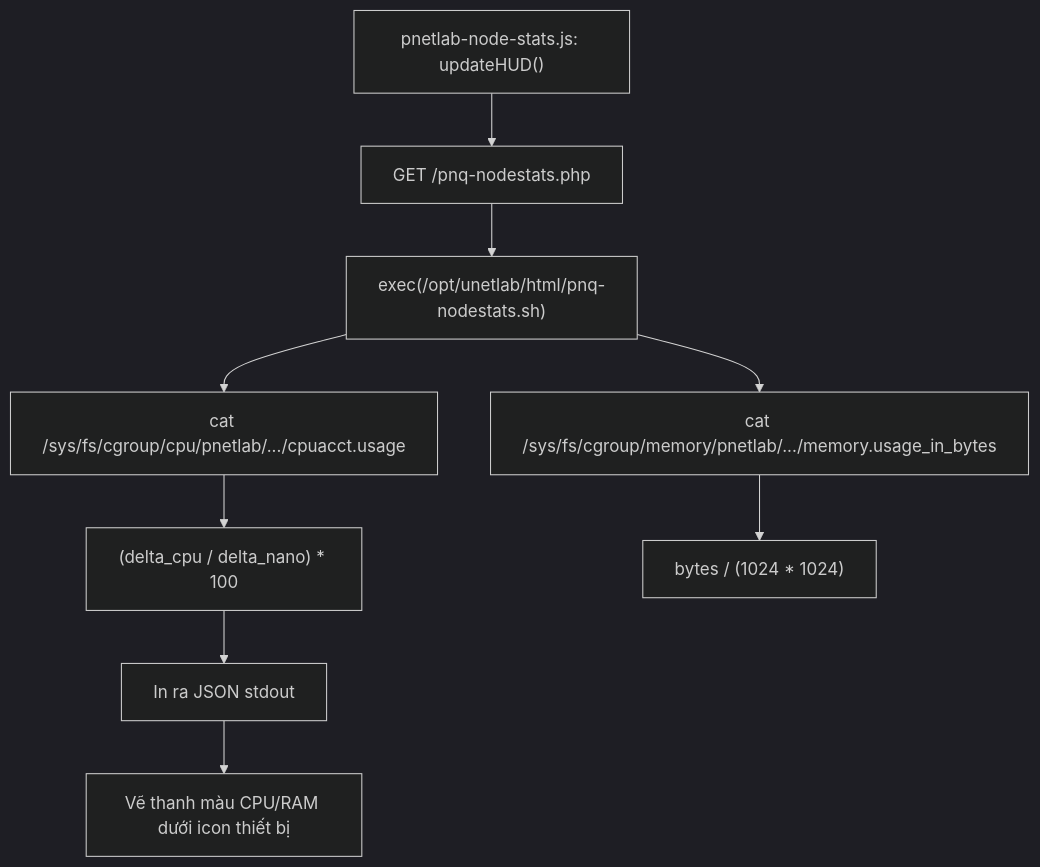
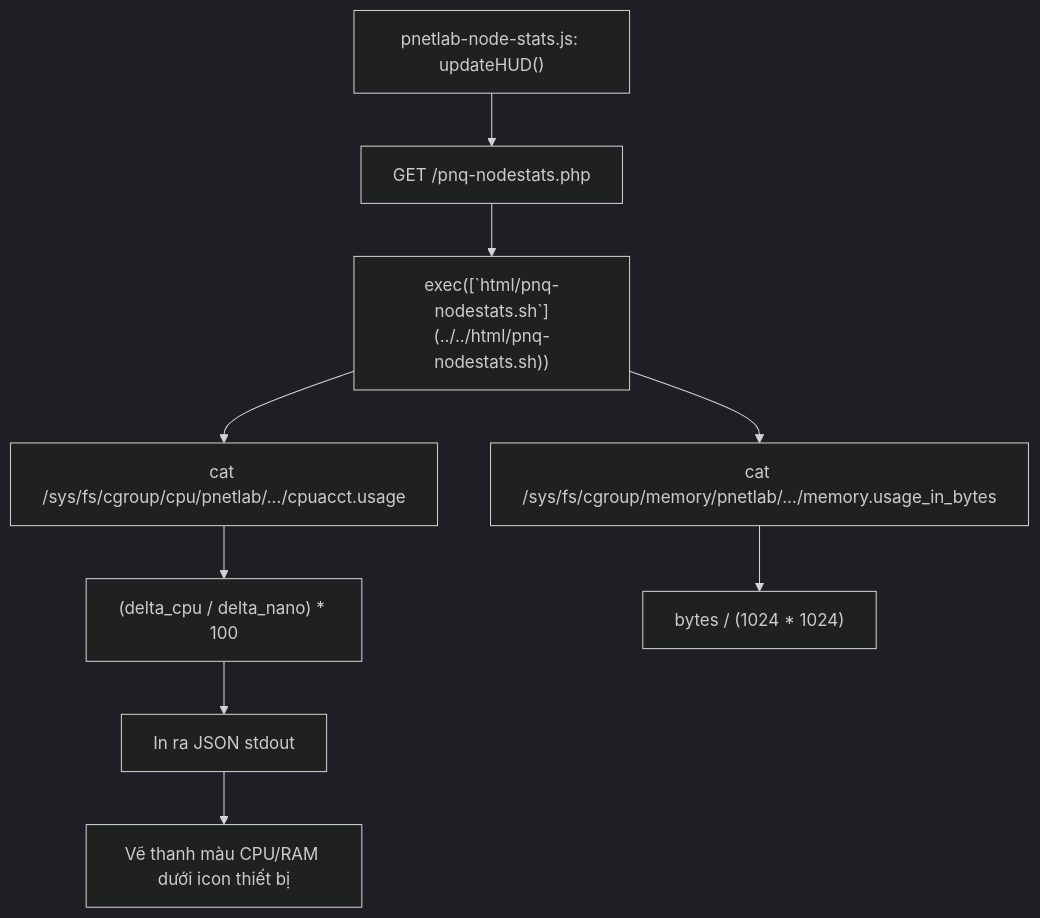
One commit to Luuxinhxinh/pnet-v8 changed the diagram in docs/03-diagrams/f34-live-nodestats-cgroups-callgraph.md. Above: the diagram before and after it, drawn with Mermaid (dark theme). The commit also changed 92 other files, not shown here.

````diff
--- a/docs/03-diagrams/f34-live-nodestats-cgroups-callgraph.md
+++ b/docs/03-diagrams/f34-live-nodestats-cgroups-callgraph.md
@@ -9,11 +9,11 @@
 ```mermaid
 graph TD
     UI_TIMER["pnetlab-node-stats.js: updateHUD()"] --> GET_API["GET /pnq-nodestats.php"]
-    GET_API --> EXEC_SH["exec(/opt/unetlab/html/pnq-nodestats.sh)"]
+    GET_API --> EXEC_SH["exec([`html/pnq-nodestats.sh`](../../html/pnq-nodestats.sh))"]
     EXEC_SH --> READ_CPU["cat /sys/fs/cgroup/cpu/pnetlab/.../cpuacct.usage"]
     EXEC_SH --> READ_MEM["cat /sys/fs/cgroup/memory/pnetlab/.../memory.usage_in_bytes"]
     READ_CPU --> CALC_PERC["(delta_cpu / delta_nano) * 100"]
     READ_MEM --> FORMAT_MB["bytes / (1024 * 1024)"]
     CALC_PERC --> JSON_OUT["In ra JSON stdout"]
     JSON_OUT --> RENDER_BARS["Vẽ thanh màu CPU/RAM dưới icon thiết bị"]
 ```
````
